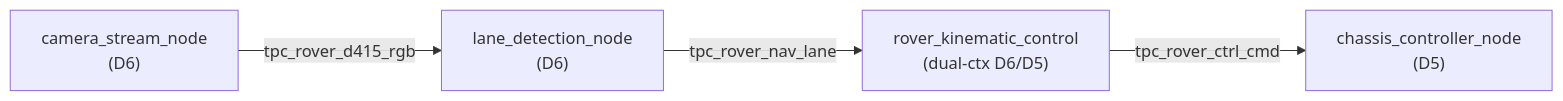
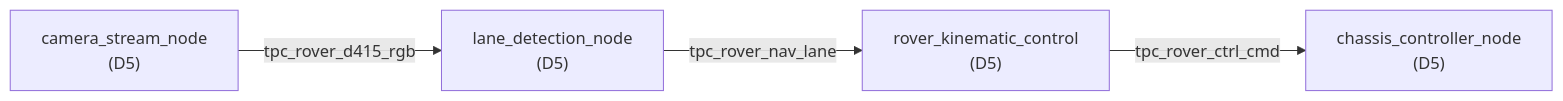
Before and after one commit to RoboticsGG/almondmatcha: the first of 3 diagrams in docs/TOPICS.md, drawn with Mermaid. The commit also changed other lines of this file and 3 other files, not shown here.

````diff
--- a/docs/TOPICS.md
+++ b/docs/TOPICS.md
@@ -432,6 +430,6 @@
 ```mermaid
 flowchart LR
-    CS["camera_stream_node\n(D6)"] -->|tpc_rover_d415_rgb| LD["lane_detection_node\n(D6)"]
-    LD -->|tpc_rover_nav_lane| RKC["rover_kinematic_control\n(dual-ctx D6/D5)"]
+    CS["camera_stream_node\n(D5)"] -->|tpc_rover_d415_rgb| LD["lane_detection_node\n(D5)"]
+    LD -->|tpc_rover_nav_lane| RKC["rover_kinematic_control\n(D5)"]
     RKC -->|tpc_rover_ctrl_cmd| CC["chassis_controller_node\n(D5)"]
 ```
````
